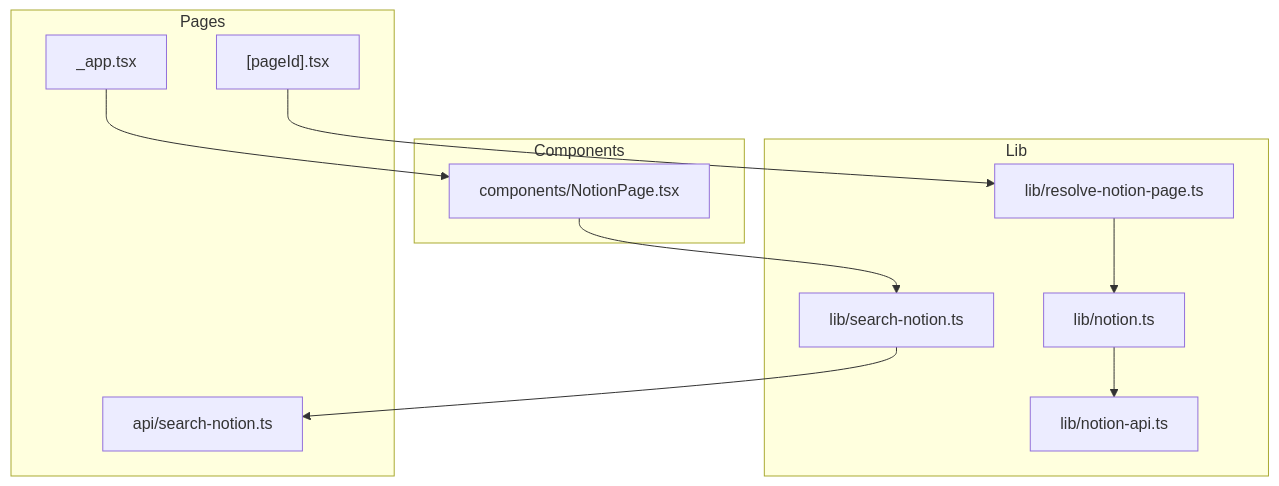
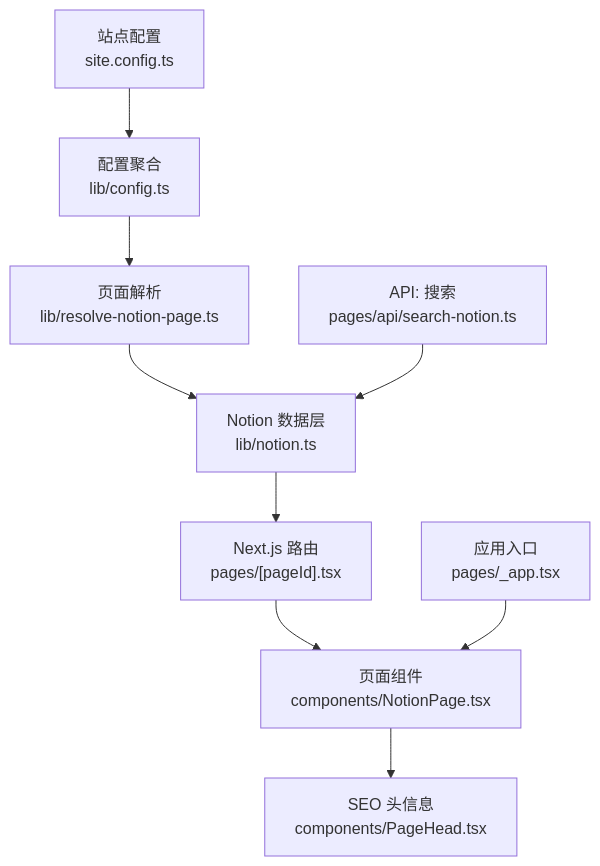
Before and after one commit to PhysicalMouse/nextjs-notion-starter-kit: the first of 7 diagrams in .qoder/repowiki/zh/content/项目概述.md, drawn with Mermaid. The commit also changed other lines of this file and 186 other files, not shown here.

````diff
--- a/.qoder/repowiki/zh/content/项目概述.md
+++ b/.qoder/repowiki/zh/content/项目概述.md
@@ -47,23 +52,11 @@
 ```mermaid
 graph TB
-subgraph "Pages"
-PApp["_app.tsx"]
-PPage["[pageId].tsx"]
-PApiSearch["api/search-notion.ts"]
-end
-subgraph "Components"
-CNotionPage["components/NotionPage.tsx"]
-end
-subgraph "Lib"
-LResolve["lib/resolve-notion-page.ts"]
-LNotion["lib/notion.ts"]
-LNotionAPI["lib/notion-api.ts"]
-LSearchClient["lib/search-notion.ts"]
-end
-PApp --> CNotionPage
-PPage --> LResolve
-LResolve --> LNotion
-LNotion --> LNotionAPI
-CNotionPage --> LSearchClient
-LSearchClient --> PApiSearch
+A["站点配置<br/>site.config.ts"] --> B["配置聚合<br/>lib/config.ts"]
+B --> C["页面解析<br/>lib/resolve-notion-page.ts"]
+C --> D["Notion 数据层<br/>lib/notion.ts"]
+D --> E["Next.js 路由<br/>pages/[pageId].tsx"]
+E --> F["页面组件<br/>components/NotionPage.tsx"]
+F --> G["SEO 头信息<br/>components/PageHead.tsx"]
+H["应用入口<br/>pages/_app.tsx"] --> F
+I["API: 搜索<br/>pages/api/search-notion.ts"] --> D
 ```
````
